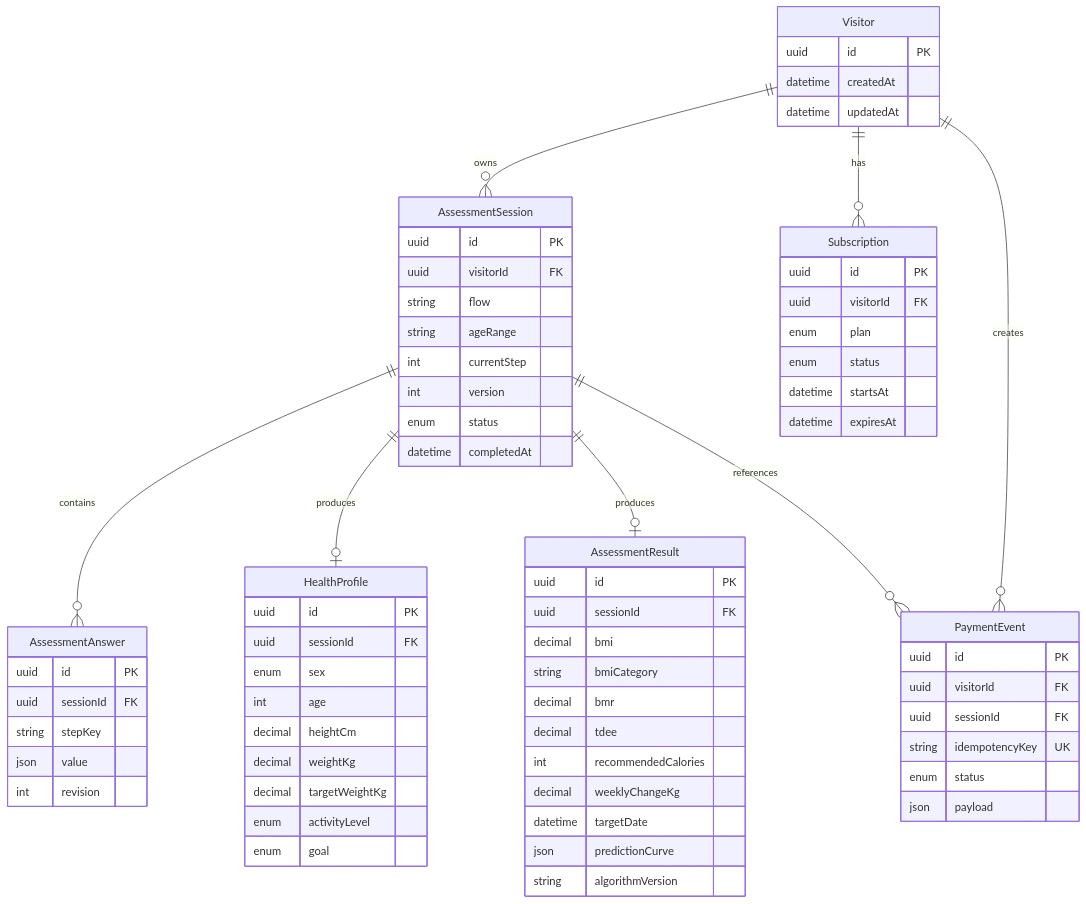
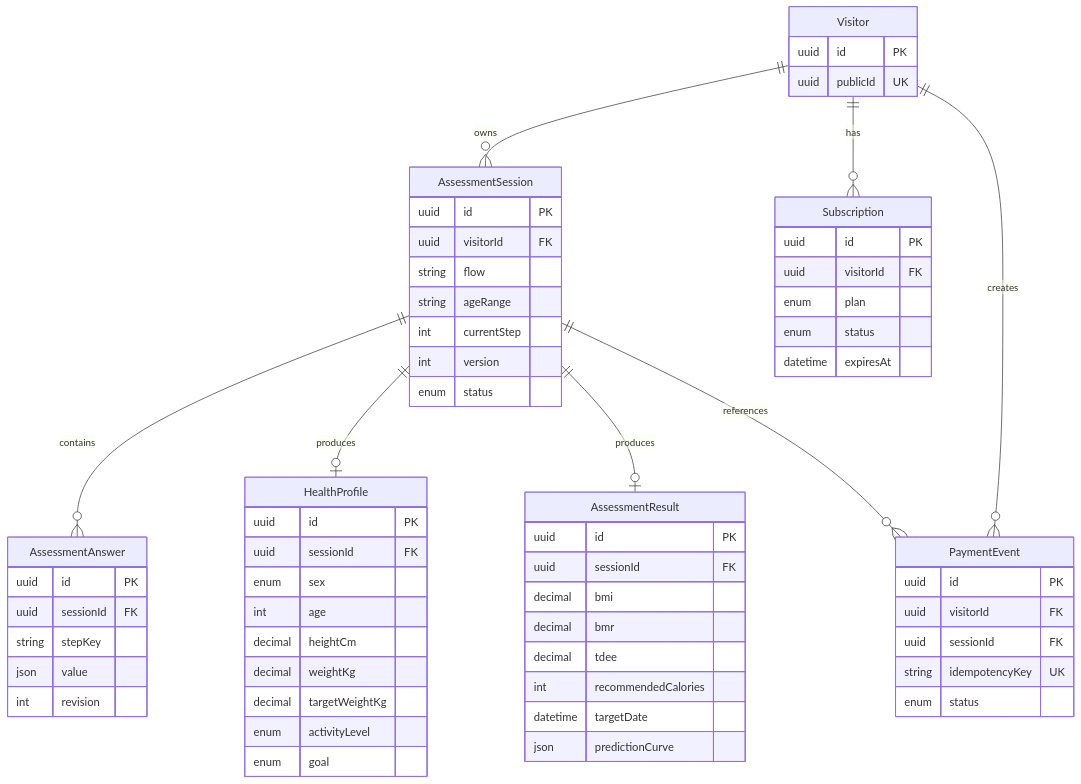
One commit to dreamer6680/betterme-pilates-replica changed the diagram in README.md. Above: the diagram before and after it, drawn with Mermaid. The commit also changed other lines of this file, not shown here.

````diff
--- a/README.md
+++ b/README.md
@@ -74,79 +118,66 @@
 ```mermaid
 erDiagram
     Visitor ||--o{ AssessmentSession : owns
     Visitor ||--o{ Subscription : has
     Visitor ||--o{ PaymentEvent : creates
     AssessmentSession ||--o{ AssessmentAnswer : contains
     AssessmentSession ||--o| HealthProfile : produces
     AssessmentSession ||--o| AssessmentResult : produces
     AssessmentSession ||--o{ PaymentEvent : references
 
     Visitor {
       uuid id PK
-      datetime createdAt
-      datetime updatedAt
+      uuid publicId UK
     }
-
     AssessmentSession {
       uuid id PK
       uuid visitorId FK
       string flow
       string ageRange
       int currentStep
       int version
       enum status
-      datetime completedAt
     }
-
     AssessmentAnswer {
       uuid id PK
       uuid sessionId FK
       string stepKey
       json value
       int revision
     }
-
     HealthProfile {
       uuid id PK
       uuid sessionId FK
       enum sex
       int age
       decimal heightCm
       decimal weightKg
       decimal targetWeightKg
       enum activityLevel
       enum goal
     }
-
     AssessmentResult {
       uuid id PK
       uuid sessionId FK
       decimal bmi
-      string bmiCategory
       decimal bmr
       decimal tdee
       int recommendedCalories
-      decimal weeklyChangeKg
       datetime targetDate
       json predictionCurve
-      string algorithmVersion
     }
-
     Subscription {
       uuid id PK
       uuid visitorId FK
       enum plan
       enum status
-      datetime startsAt
       datetime expiresAt
     }
-
     PaymentEvent {
       uuid id PK
       uuid visitorId FK
       uuid sessionId FK
       string idempotencyKey UK
       enum status
-      json payload
     }
 ```
````
